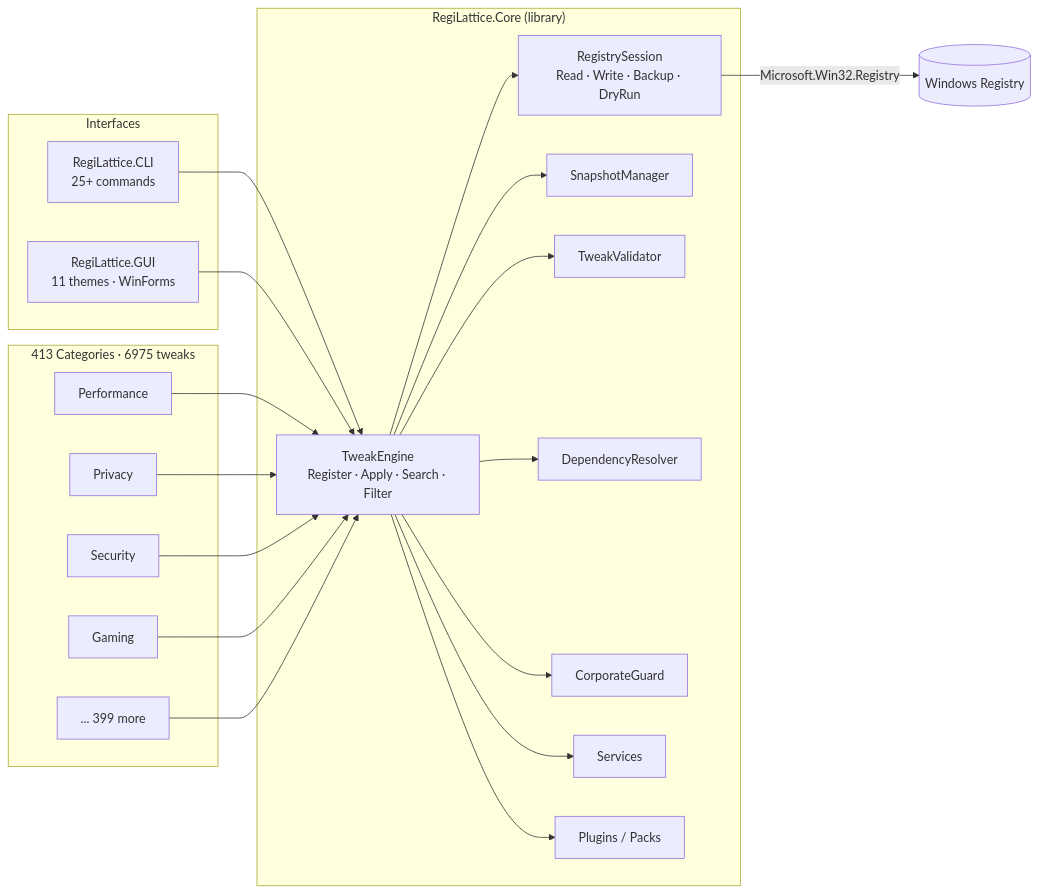
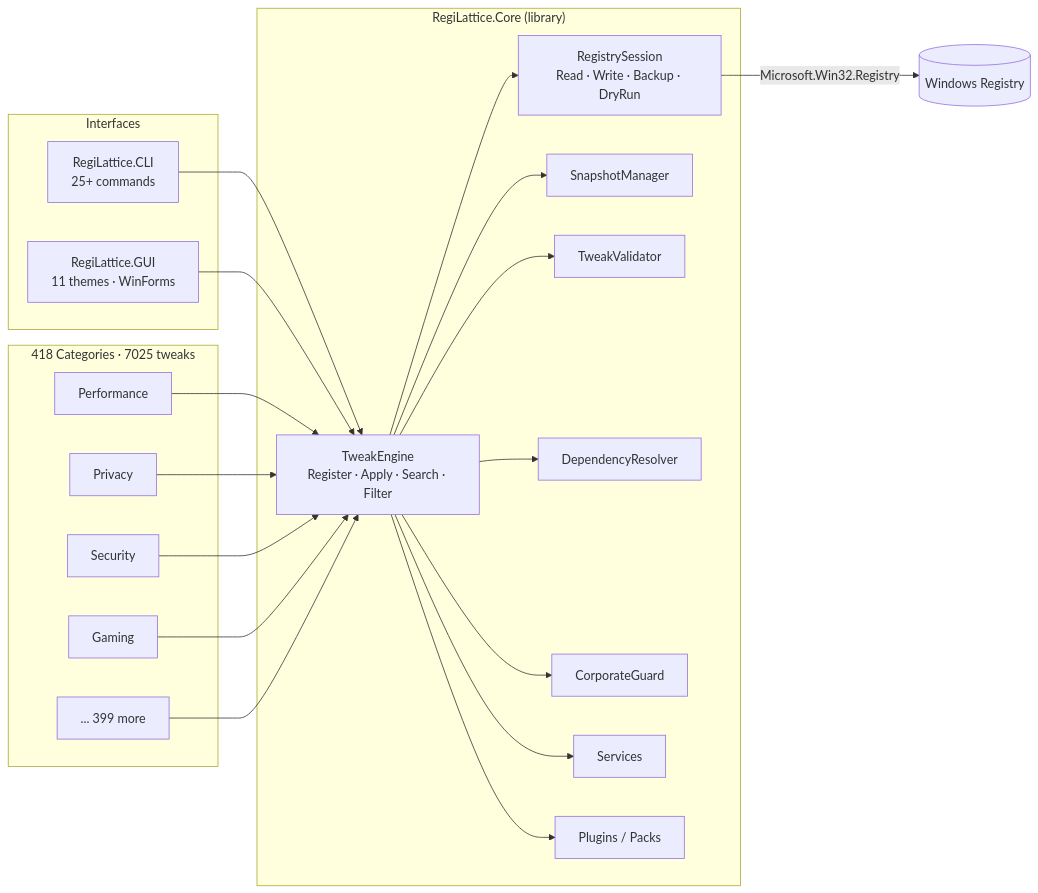
The first of 2 diagrams in README.md (RajwanYair/RegiLattice), drawn with Mermaid before and after one commit. The commit also changed other lines of this file and 9 other files, not shown here.

````diff
--- a/README.md
+++ b/README.md
@@ -86,38 +86,38 @@
 ```mermaid
 graph LR
     subgraph Interfaces
         CLI[RegiLattice.CLI<br/>25+ commands]
         GUI[RegiLattice.GUI<br/>11 themes · WinForms]
     end
 
     subgraph Core["RegiLattice.Core (library)"]
         TE[TweakEngine<br/>Register · Apply · Search · Filter]
         RS[RegistrySession<br/>Read · Write · Backup · DryRun]
         SM[SnapshotManager]
         TV[TweakValidator]
         DR[DependencyResolver]
         CG[CorporateGuard]
         SV[Services]
         PM[Plugins / Packs]
     end
 
-    subgraph Tweaks["413 Categories · 6975 tweaks"]
+    subgraph Tweaks["418 Categories · 7025 tweaks"]
         T1[Performance]
         T2[Privacy]
         T3[Security]
         T4[Gaming]
         TN[... 399 more]
     end
 
     CLI --> TE
     GUI --> TE
     TE --> RS
     TE --> SM
     TE --> TV
     TE --> DR
     TE --> CG
     TE --> SV
     TE --> PM
     T1 & T2 & T3 & T4 & TN --> TE
     RS -->|Microsoft.Win32.Registry| WR[(Windows Registry)]
 ```
````
